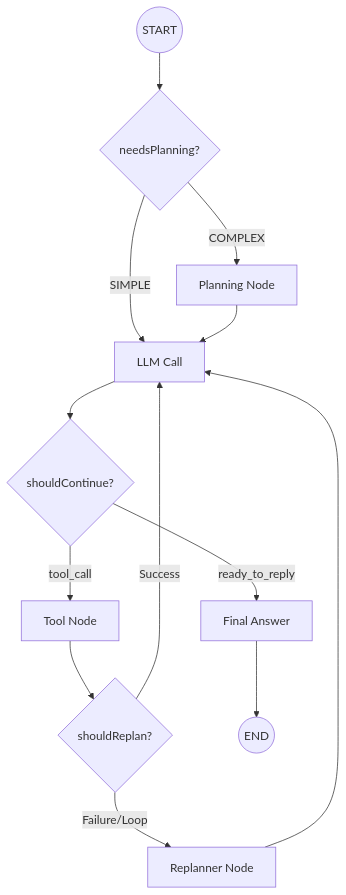
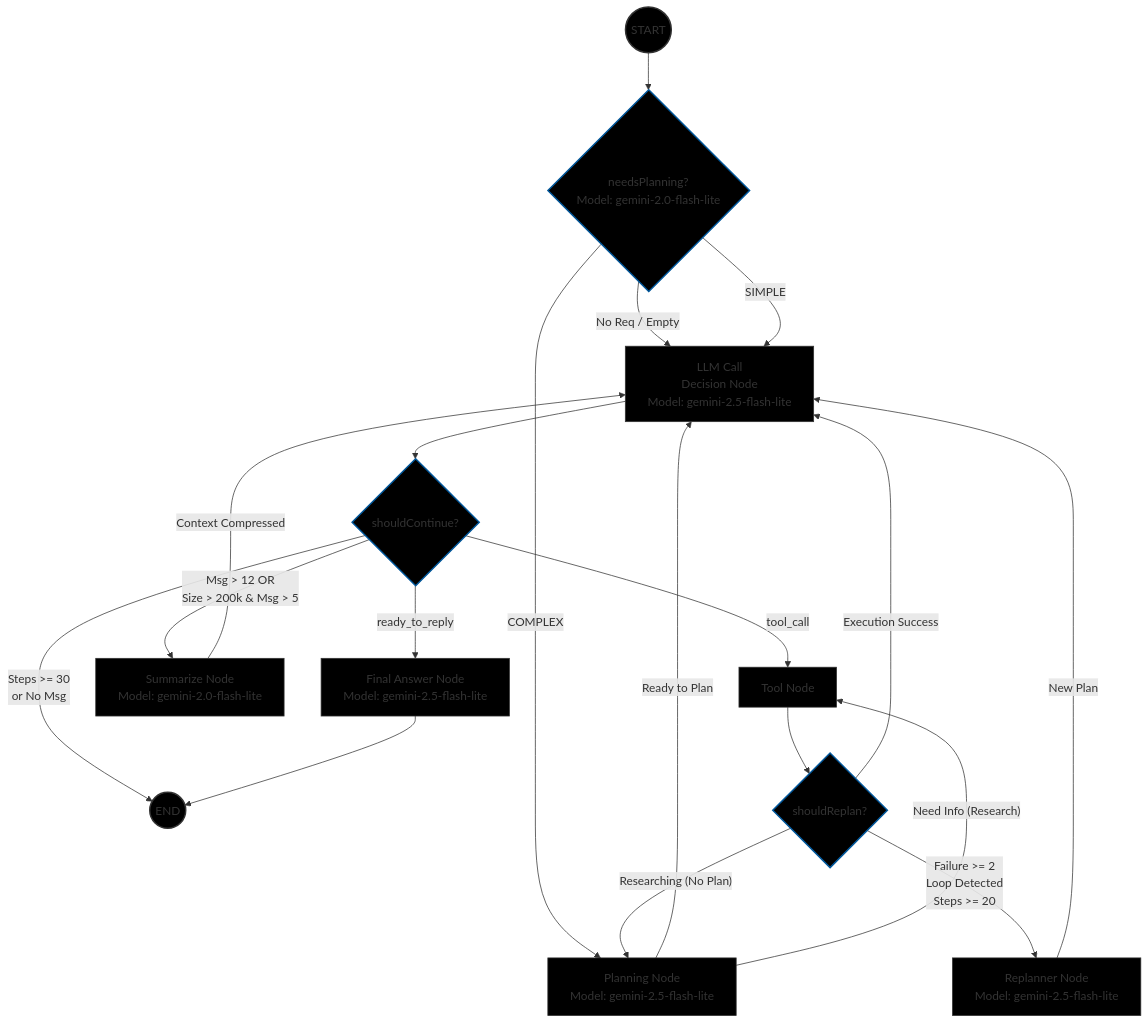
Before and after one commit to Agentic-AI-PROJ/.github: the diagram in profile/README.md, drawn with Mermaid.

````diff
--- a/profile/README.md
+++ b/profile/README.md
@@ -18,22 +18,43 @@
 ```mermaid
 graph TD
-    START((START)) --> Router{needsPlanning?}
+    START((START)) --> Router{needsPlanning?<br/>Model: gemini-2.0-flash-lite}
 
-    %% Planning Phase
-    Router -- COMPLEX --> Planning[Planning Node]
-    Router -- SIMPLE --> LLM[LLM Call]
-    Planning --> LLM
+    %% Planning Phase & Research Loop
+    Router -- "No Req / Empty" --> LLM[LLM Call <br/> Decision Node <br/> Model: gemini-2.5-flash-lite]
+    Router -- COMPLEX --> Planning[Planning Node <br/> Model: gemini-2.5-flash-lite]
+    Router -- SIMPLE --> LLM
     
-    %% Execution Loop
+    Planning -- "Ready to Plan" --> LLM
+    Planning -- "Need Info (Research)" --> Tool[Tool Node]
+
+    %% Main Execution Loop
     LLM --> Check{shouldContinue?}
-    Check -- "tool_call" --> Tool[Tool Node]
-    Check -- "ready_to_reply" --> Final[Final Answer]
     
-    %% Tool Execution & Feedback
+    %% Branches from Decision
+    Check -- "Msg > 12 OR <br/> Size > 200k & Msg > 5" --> Summarize[Summarize Node <br/> Model: gemini-2.0-flash-lite]
+    Check -- "tool_call" --> Tool
+    Check -- "ready_to_reply" --> Final[Final Answer Node <br/> Model: gemini-2.5-flash-lite]
+    Check -- "Steps >= 30 <br/> or No Msg" --> END((END))
+    
+    %% Tool Execution & Replanning & Research Return
     Tool --> ReplanCheck{shouldReplan?}
-    ReplanCheck -- "Success" --> LLM
-    ReplanCheck -- "Failure/Loop" --> Replanner[Replanner Node]
-    Replanner --> LLM
+    ReplanCheck -- "Researching (No Plan)" --> Planning
+    ReplanCheck -- "Execution Success" --> LLM
+    ReplanCheck -- "Failure >= 2 <br/> Loop Detected <br/> Steps >= 20" --> Replanner[Replanner Node <br/> Model: gemini-2.5-flash-lite]
+    Replanner -- "New Plan" --> LLM
     
-    Final --> END((END))
+    %% Summarization Loop
+    Summarize -- "Context Compressed" --> LLM
+    
+    %% Terminal States
+    Final --> END
+    
+    %% Styling
+    classDef plain fill:#000,stroke:#333,stroke-width:1px;
+    classDef special fill:#000,stroke:#01579b,stroke-width:2px;
+    classDef term fill:#000,stroke:#333,stroke-width:2px;
+    
+    class Planning,LLM,Tool,Replanner,Summarize,Final plain;
+    class Router,Check,ReplanCheck special;
+    class START,END term;
 ```
````
